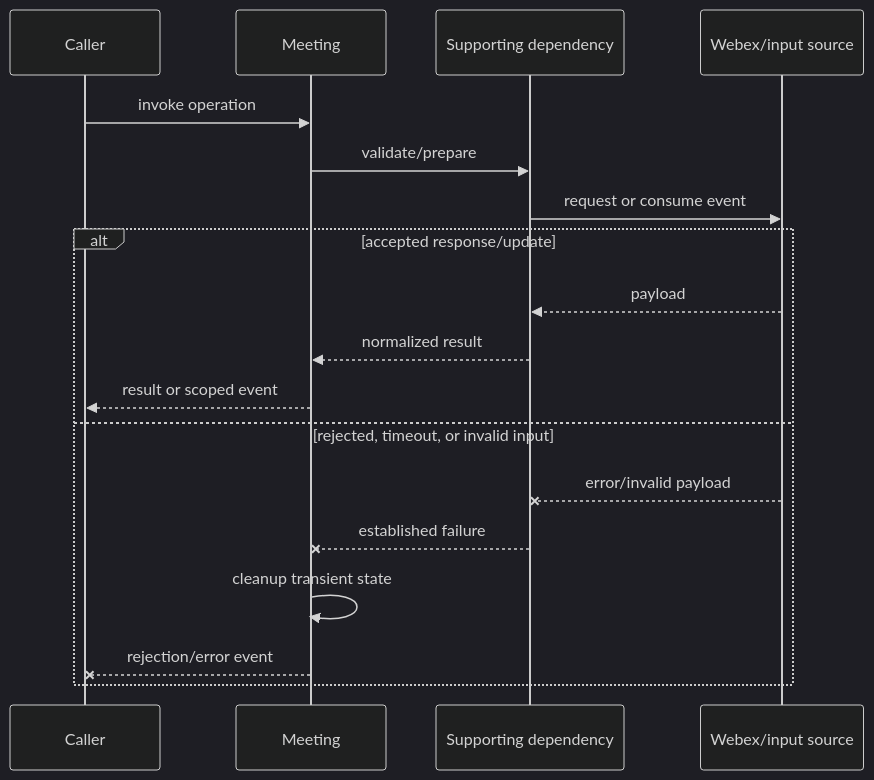
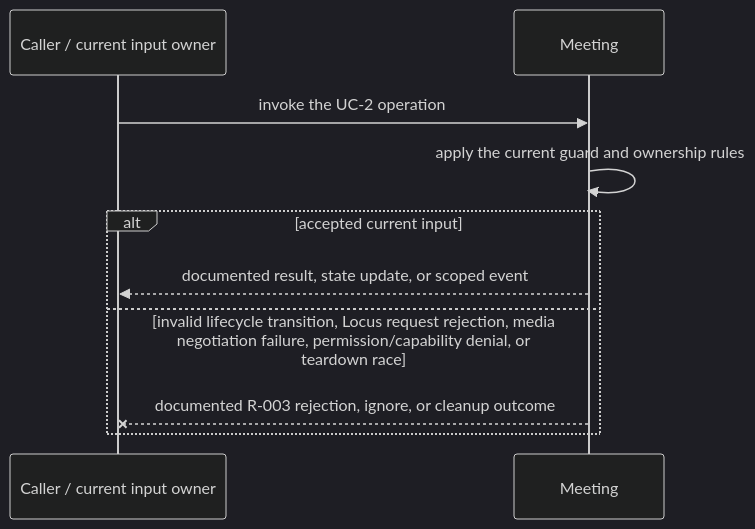
The third of 5 diagrams in packages/@webex/plugin-meetings/src/meeting/ai-docs/meeting-spec.md (webex/webex-js-sdk), drawn with Mermaid (dark theme) before and after one commit. The commit also changed other lines of this file and 26 other files, not shown here.

````diff
--- a/packages/@webex/plugin-meetings/src/meeting/ai-docs/meeting-spec.md
+++ b/packages/@webex/plugin-meetings/src/meeting/ai-docs/meeting-spec.md
@@ -125,20 +164,12 @@
 ```mermaid
 sequenceDiagram
-  participant C as Caller
+  participant C as Caller / current input owner
   participant M as Meeting
-  participant D as Supporting dependency
-  participant W as Webex/input source
-  C->>M: invoke operation
-  M->>D: validate/prepare
-  D->>W: request or consume event
-  alt accepted response/update
-    W-->>D: payload
-    D-->>M: normalized result
-    M-->>C: result or scoped event
-  else rejected, timeout, or invalid input
-    W--xD: error/invalid payload
-    D--xM: established failure
-    M->>M: cleanup transient state
-    M--xC: rejection/error event
+  C->>M: invoke the UC-2 operation
+  M->>M: apply the current guard and ownership rules
+  alt accepted current input
+    M-->>C: documented result, state update, or scoped event
+  else invalid lifecycle transition, Locus request rejection, media negotiation failure, permission/capability denial, or teardown race
+    M--xC: documented R-003 rejection, ignore, or cleanup outcome
   end
 ```
````
